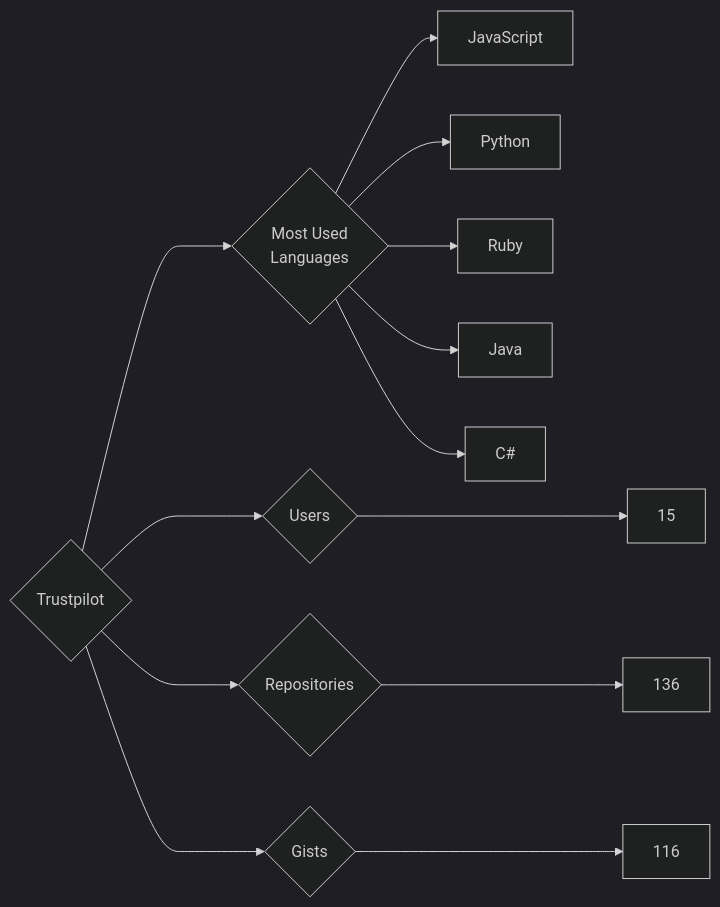
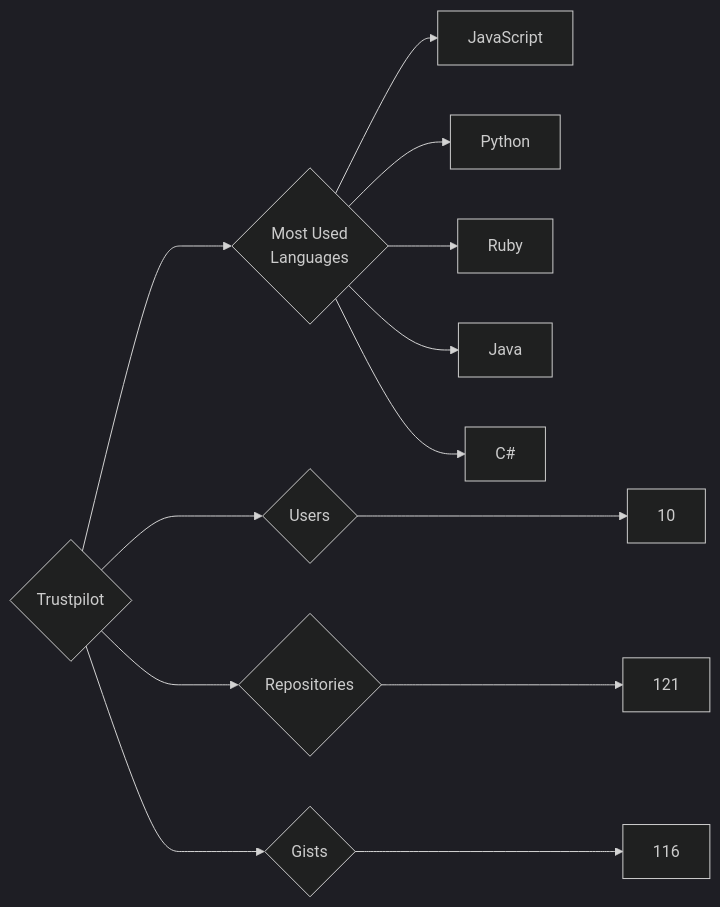
The diagram in targets/Trustpilot/README.md (trickest/insiders), drawn with Mermaid (dark theme) before and after one commit. The commit also changed 877 other files, not shown here.

````diff
--- a/targets/Trustpilot/README.md
+++ b/targets/Trustpilot/README.md
@@ -3,13 +3,13 @@
 ```mermaid
 graph LR
 COMPANY_NAME{Trustpilot}
-COMPANY_NAME ---> U{Users} ---> UN[15]
-COMPANY_NAME ---> R{Repositories} ---> RN[136]
+COMPANY_NAME ---> U{Users} ---> UN[10]
+COMPANY_NAME ---> R{Repositories} ---> RN[121]
 COMPANY_NAME ---> G{Gists} ---> GN[116]
 COMPANY_NAME ---> ML{Most Used<br>Languages}
 ML --> JavaScript[JavaScript]
 ML --> Python[Python]
 ML --> Ruby[Ruby]
 ML --> Java[Java]
 ML --> C#[C#]
 ```
````
